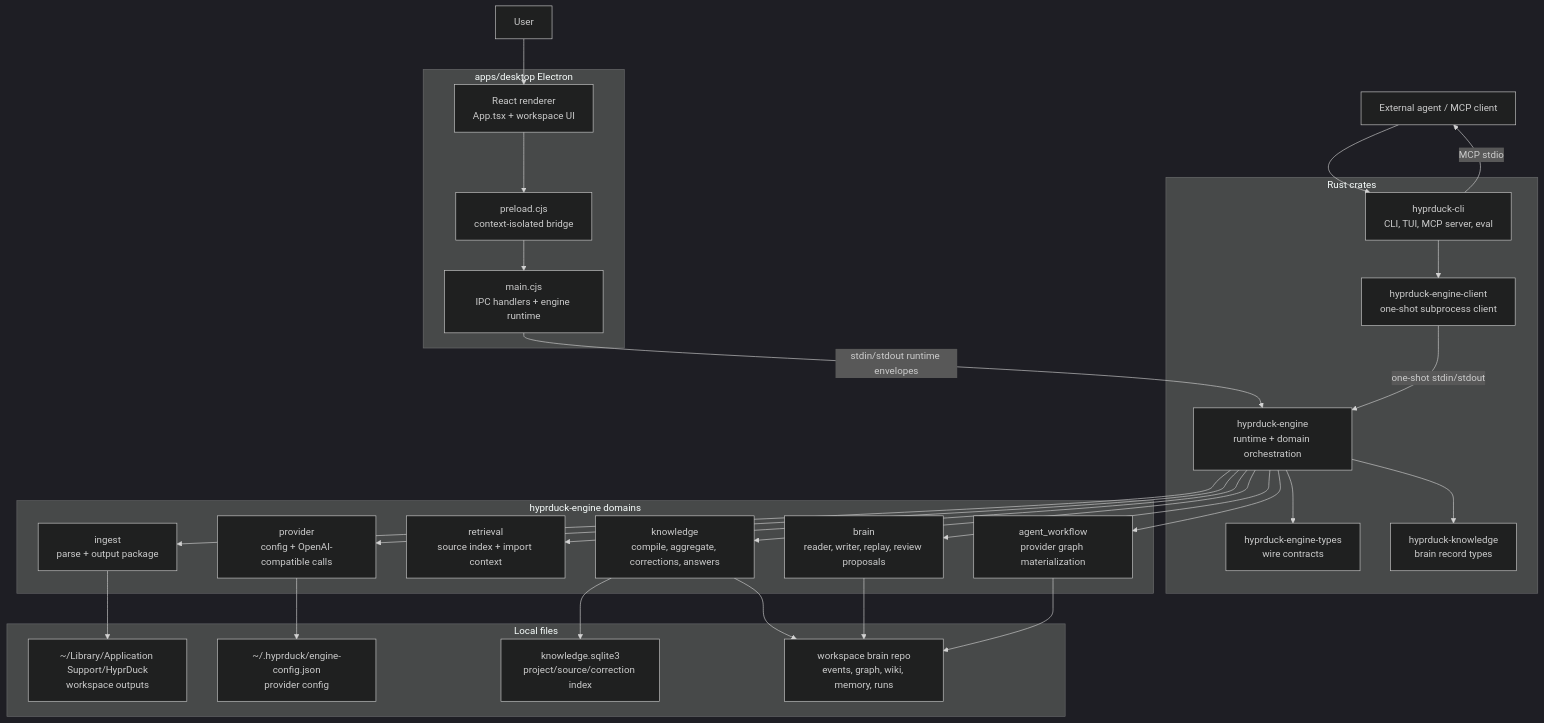
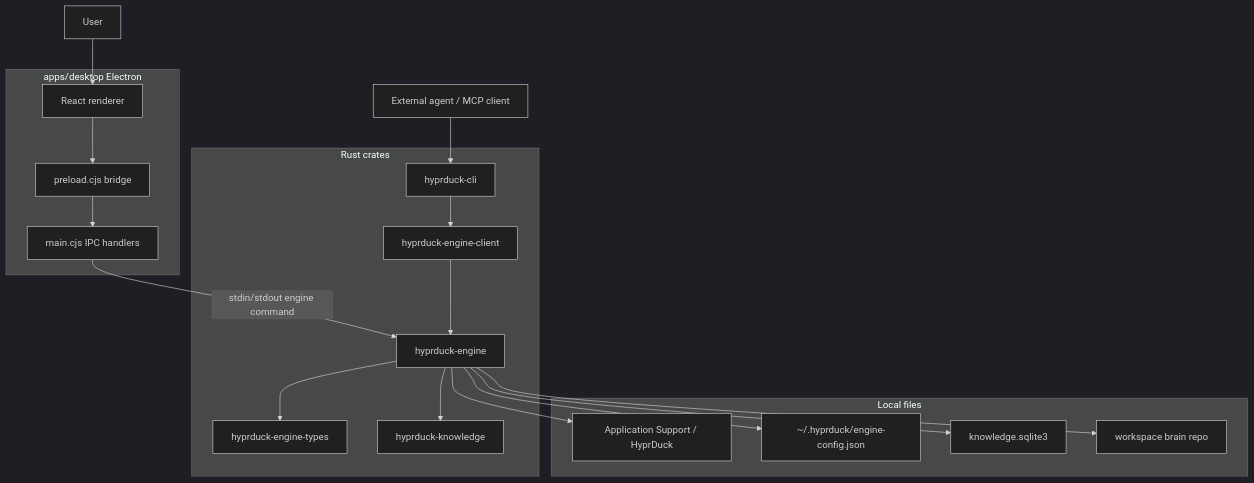
The diagram in docs/ARCHITECTURE.md (qyinm/hyprduck), drawn with Mermaid (dark theme) before and after one commit. The commit also changed other lines of this file and 41 other files, not shown here.

````diff
--- a/docs/ARCHITECTURE.md
+++ b/docs/ARCHITECTURE.md
@@ -53,58 +49,36 @@
 ```mermaid
 flowchart TB
   User["User"]
   Agent["External agent / MCP client"]
 
   subgraph Desktop["apps/desktop Electron"]
-    Renderer["React renderer\nApp.tsx + workspace UI"]
-    Preload["preload.cjs\ncontext-isolated bridge"]
-    Main["main.cjs\nIPC handlers + engine runtime"]
+    Renderer["React renderer"]
+    Preload["preload.cjs bridge"]
+    Main["main.cjs IPC handlers"]
   end
 
   subgraph Rust["Rust crates"]
-    EngineTypes["hyprduck-engine-types\nwire contracts"]
-    EngineClient["hyprduck-engine-client\none-shot subprocess client"]
-    CLI["hyprduck-cli\nCLI, TUI, MCP server, eval"]
-    Engine["hyprduck-engine\nruntime + domain orchestration"]
-    Knowledge["hyprduck-knowledge\nbrain record types"]
+    CLI["hyprduck-cli"]
+    Client["hyprduck-engine-client"]
+    Engine["hyprduck-engine"]
+    Types["hyprduck-engine-types"]
+    Knowledge["hyprduck-knowledge"]
   end
 
-  subgraph EngineDomains["hyprduck-engine domains"]
-    Ingest["ingest\nparse + output package"]
-    Provider["provider\nconfig + OpenAI-compatible calls"]
-    Retrieval["retrieval\nsource index + import context"]
-    KnowledgeDomain["knowledge\ncompile, aggregate, corrections, answers"]
-    Brain["brain\nreader, writer, replay, review proposals"]
-    AgentWorkflow["agent_workflow\nprovider graph materialization"]
+  subgraph Files["Local files"]
+    AppSupport["Application Support / HyprDuck"]
+    Config["~/.hyprduck/engine-config.json"]
+    Store["knowledge.sqlite3"]
+    Workspace["workspace brain repo"]
   end
 
-  subgraph LocalFiles["Local files"]
-    AppSupport["~/Library/Application Support/HyprDuck\nworkspace outputs"]
-    UserConfig["~/.hyprduck/engine-config.json\nprovider config"]
-    SQLite["knowledge.sqlite3\nproject/source/correction index"]
-    BrainRepo["workspace brain repo\nevents, graph, wiki, memory, runs"]
-  end
-
-  User --> Renderer
-  Renderer --> Preload --> Main
-  Main -->|"stdin/stdout runtime envelopes"| Engine
-  CLI --> EngineClient -->|"one-shot stdin/stdout"| Engine
-  Agent --> CLI
-  CLI -->|"MCP stdio"| Agent
-
-  Engine --> EngineTypes
+  User --> Renderer --> Preload --> Main
+  Main -->|"stdin/stdout engine command"| Engine
+  Agent --> CLI --> Client --> Engine
+  Engine --> Types
   Engine --> Knowledge
-  Engine --> Ingest
-  Engine --> Provider
-  Engine --> Retrieval
-  Engine --> KnowledgeDomain
-  Engine --> Brain
-  Engine --> AgentWorkflow
-
-  Ingest --> AppSupport
-  KnowledgeDomain --> SQLite
-  KnowledgeDomain --> BrainRepo
-  Brain --> BrainRepo
-  AgentWorkflow --> BrainRepo
-  Provider --> UserConfig
+  Engine --> AppSupport
+  Engine --> Config
+  Engine --> Store
+  Engine --> Workspace
 ```
````
